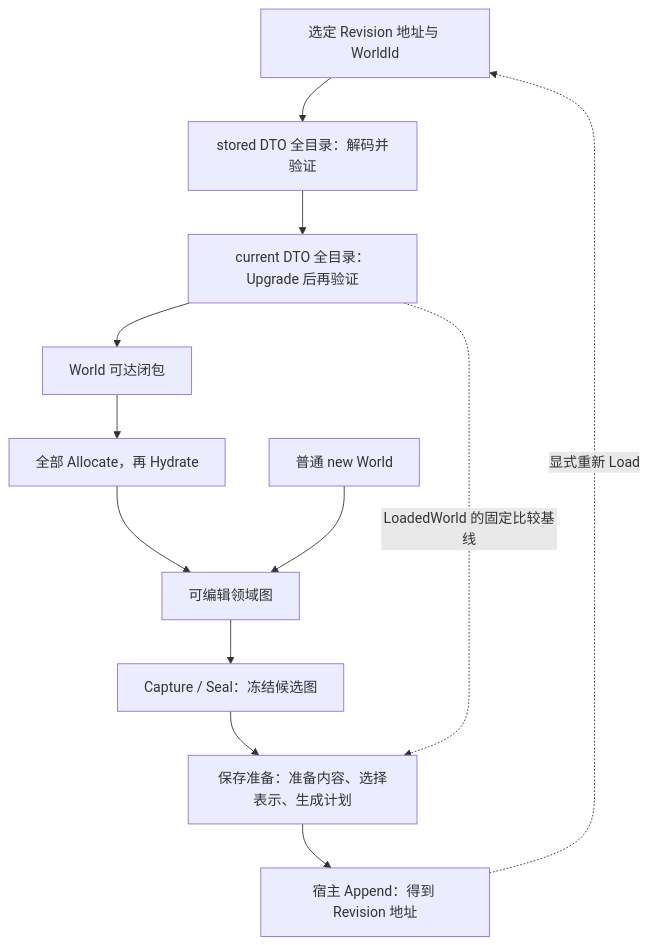
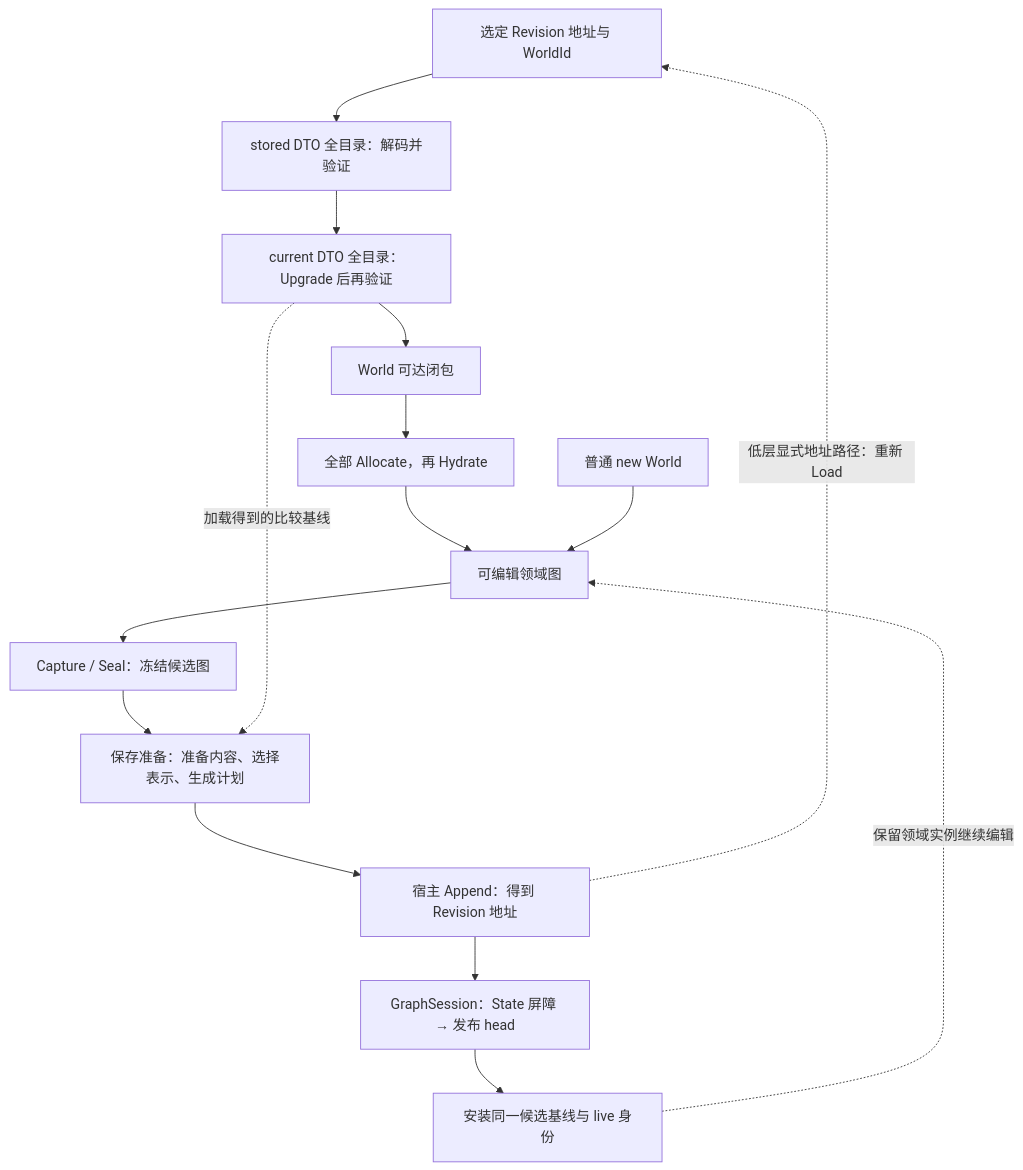
One commit to Robird/durable-graph changed the diagram in docs/DurableGraph-glossary.md. Above: the diagram before and after it, drawn with Mermaid. The commit also changed other lines of this file and 33 other files, not shown here.

Commit message:
Implement persistent graph sessions and history capability witnesses

````diff
--- a/docs/DurableGraph-glossary.md
+++ b/docs/DurableGraph-glossary.md
@@ -22,14 +22,17 @@
 ```mermaid
 flowchart TD
     R["选定 Revision 地址与 WorldId"] --> D["stored DTO 全目录：解码并验证"]
     D --> N["current DTO 全目录：Upgrade 后再验证"]
     N --> C["World 可达闭包"]
     C --> A["全部 Allocate，再 Hydrate"]
     A --> W["可编辑领域图"]
     New["普通 new World"] --> W
     W --> F["Capture / Seal：冻结候选图"]
     F --> P["保存准备：准备内容、选择表示、生成计划"]
-    N -. "LoadedWorld 的固定比较基线" .-> P
+    N -. "加载得到的比较基线" .-> P
     P --> S["宿主 Append：得到 Revision 地址"]
-    S -. "显式重新 Load" .-> R
+    S --> B["GraphSession：State 屏障 → 发布 head"]
+    B --> I["安装同一候选基线与 live 身份"]
+    I -. "保留领域实例继续编辑" .-> W
+    S -. "低层显式地址路径：重新 Load" .-> R
 ```
````
